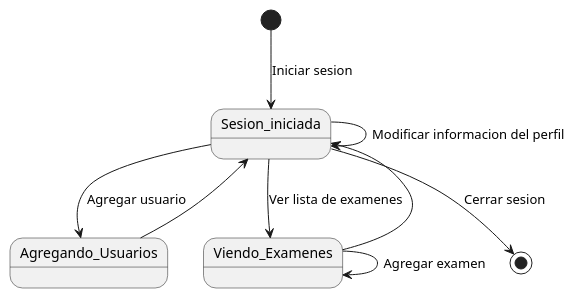
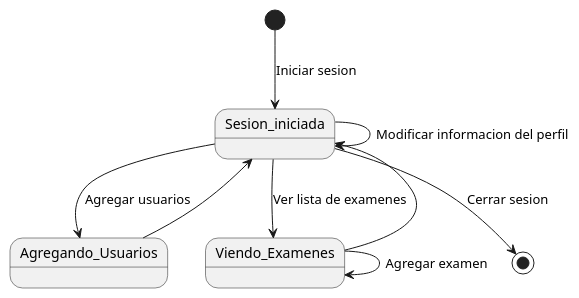
One commit to Carverz/IS-022023_Proyecto-Grupo-4 changed the diagram in docs/scenariosView/DiagramaDeEstadosDeUseCasesAdmin.plantuml. Above: the diagram before and after it, drawn with PlantUML. The commit also changed 3 other files, not shown here.

Commit message:
Modificacion en diagramas

```diff
--- a/docs/scenariosView/DiagramaDeEstadosDeUseCasesAdmin.plantuml
+++ b/docs/scenariosView/DiagramaDeEstadosDeUseCasesAdmin.plantuml
@@ -1,15 +1,15 @@
 @startuml DiagramaDeEstadosDeUseCasesAdmin
 skinparam Style strictuml
 
 
 [*] --> Sesion_iniciada: Iniciar sesion
 Sesion_iniciada --> Sesion_iniciada: Modificar informacion del perfil
-Sesion_iniciada --> Agregando_Usuarios: Agregar usuario
+Sesion_iniciada --> Agregando_Usuarios: Agregar usuarios
 Agregando_Usuarios --> Sesion_iniciada
 
 Sesion_iniciada --> Viendo_Examenes: Ver lista de examenes
 Viendo_Examenes --> Viendo_Examenes: Agregar examen
 Viendo_Examenes --> Sesion_iniciada
 Sesion_iniciada --> [*]: Cerrar sesion
 
 @enduml
```
